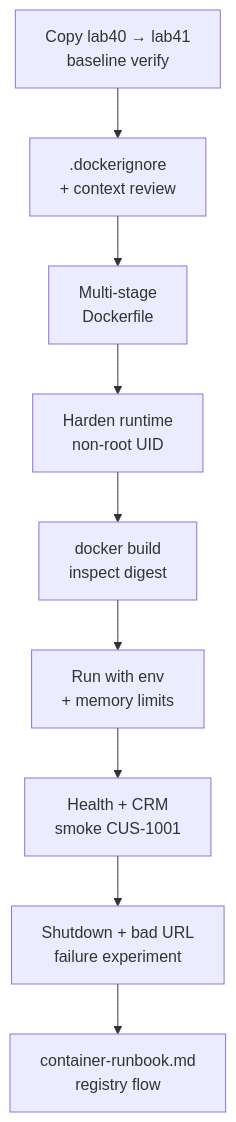
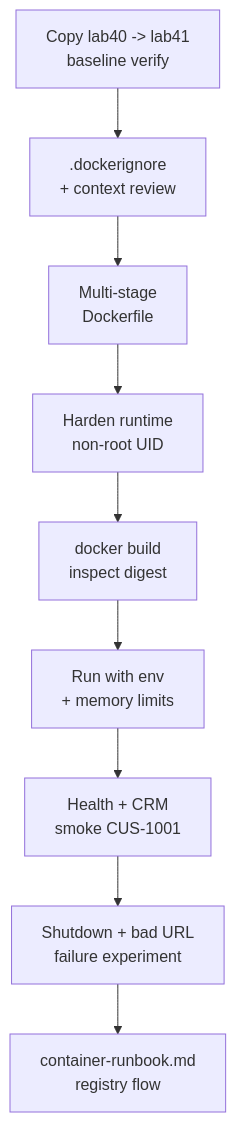
Before and after one commit to pupilliluke/bc-sw-engineer-java-participant: the second of 2 diagrams in labs/Week 5 - DevOps, CI-CD and OpenShift/module-41/lab41/LAB-41-GUIDE.md, drawn with Mermaid. The commit also changed other lines of this file and 55 other files, not shown here.

Commit message:
Stop publishing local screenshots; harden Mermaid for GitHub; sync only tracked lab files.

````diff
--- a/labs/Week 5 - DevOps, CI-CD and OpenShift/module-41/lab41/LAB-41-GUIDE.md
+++ b/labs/Week 5 - DevOps, CI-CD and OpenShift/module-41/lab41/LAB-41-GUIDE.md
@@ -99,11 +99,11 @@
 ```mermaid
 flowchart TD
-    A["Copy lab40 → lab41<br/>baseline verify"] --> B[".dockerignore<br/>+ context review"]
+    A["Copy lab40 -> lab41<br/>baseline verify"] --> B[".dockerignore<br/>+ context review"]
     B --> C["Multi-stage<br/>Dockerfile"]
     C --> D["Harden runtime<br/>non-root UID"]
     D --> E["docker build<br/>inspect digest"]
     E --> F["Run with env<br/>+ memory limits"]
     F --> G["Health + CRM<br/>smoke CUS-1001"]
     G --> H["Shutdown + bad URL<br/>failure experiment"]
     H --> I["container-runbook.md<br/>registry flow"]
 ```
````
